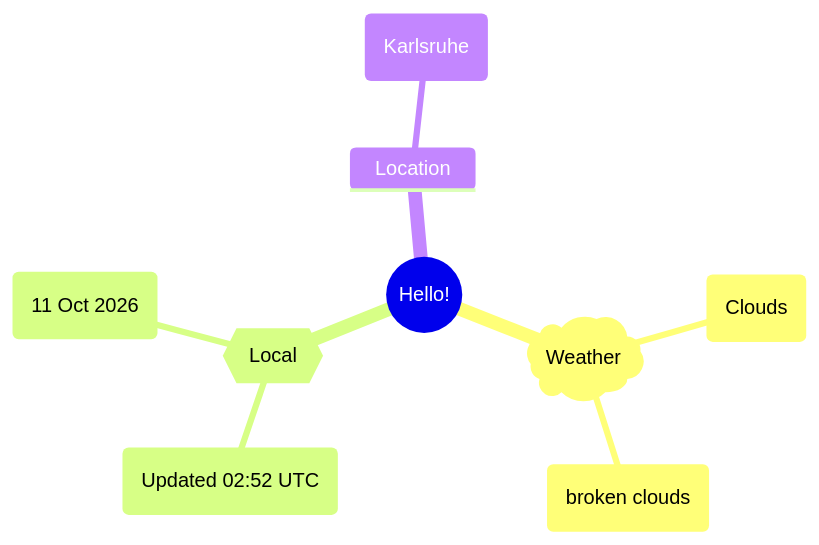
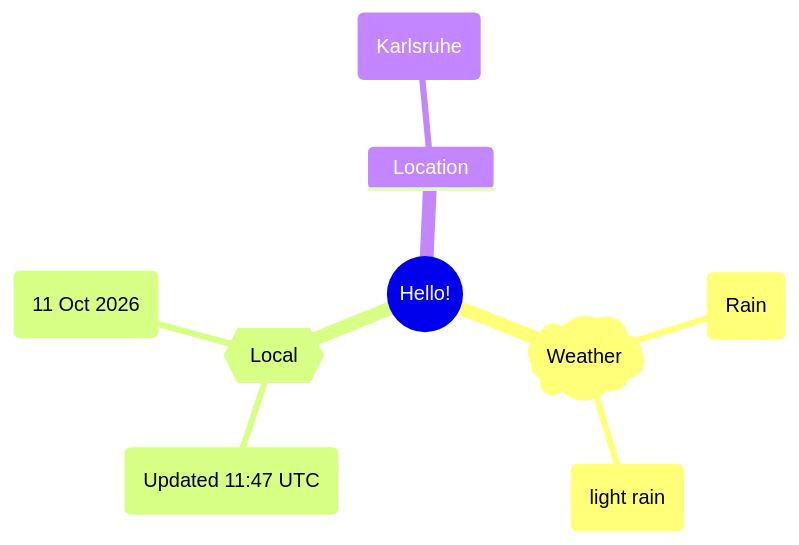
One commit to Xosrov/Xosrov changed the first of 2 diagrams in README.md. Above: the diagram before and after it, drawn with Mermaid.

Commit message:
[bot] updated images

````diff
--- a/README.md
+++ b/README.md
@@ -3,12 +3,12 @@
 ```mermaid
 mindmap
   root((Hello!))
     )Weather(
-        (Clouds)
-        (broken clouds)
+        (Rain)
+        (light rain)
     {{Local}}
-        (Updated 02:52 UTC)
+        (Updated 11:47 UTC)
         (11 Oct 2026)
     Location
         (Karlsruhe)
 ```
````
